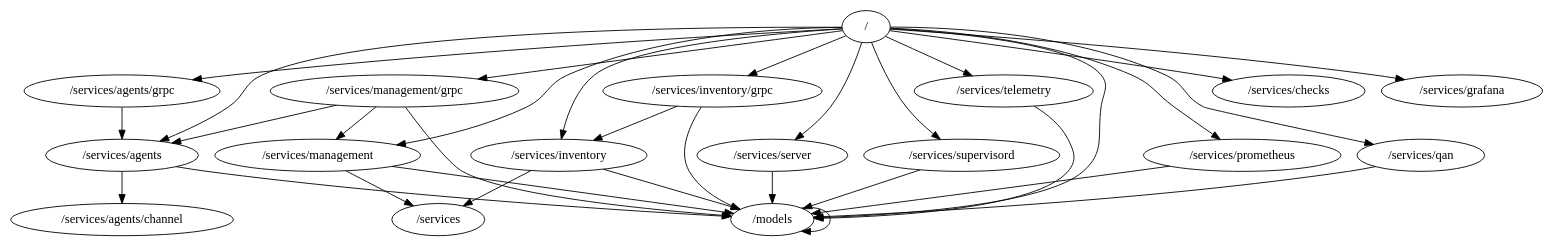
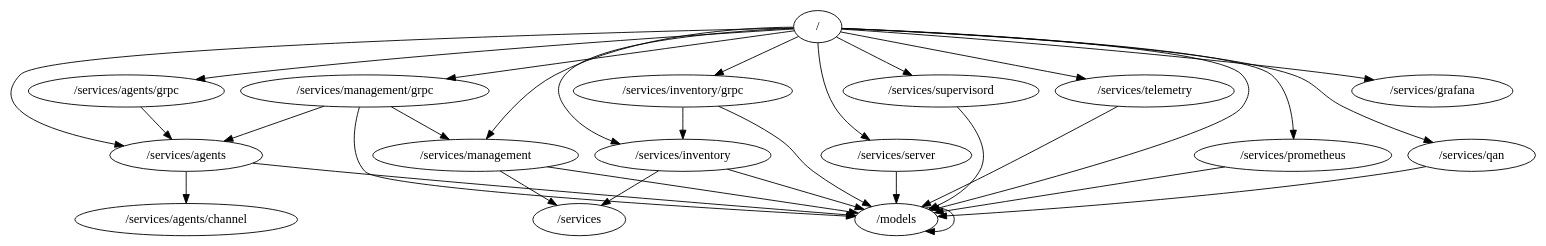
The diagram in packages.dot (percona/pmm-managed), drawn with Graphviz before and after one commit. The commit also changed 4 other files, not shown here.

```diff
--- a/packages.dot
+++ b/packages.dot
@@ -1,34 +1,33 @@
 digraph packages {
 	"/" -> "/models";
 	"/" -> "/services/agents";
 	"/" -> "/services/agents/grpc";
-	"/" -> "/services/checks";
 	"/" -> "/services/grafana";
 	"/" -> "/services/inventory";
 	"/" -> "/services/inventory/grpc";
 	"/" -> "/services/management";
 	"/" -> "/services/management/grpc";
 	"/" -> "/services/prometheus";
 	"/" -> "/services/qan";
 	"/" -> "/services/server";
 	"/" -> "/services/supervisord";
 	"/" -> "/services/telemetry";
 	"/models" -> "/models";
 	"/services/agents" -> "/models";
 	"/services/agents" -> "/services/agents/channel";
 	"/services/agents/grpc" -> "/services/agents";
 	"/services/inventory" -> "/models";
 	"/services/inventory" -> "/services";
 	"/services/inventory/grpc" -> "/models";
 	"/services/inventory/grpc" -> "/services/inventory";
 	"/services/management" -> "/models";
 	"/services/management" -> "/services";
 	"/services/management/grpc" -> "/models";
 	"/services/management/grpc" -> "/services/agents";
 	"/services/management/grpc" -> "/services/management";
 	"/services/prometheus" -> "/models";
 	"/services/qan" -> "/models";
 	"/services/server" -> "/models";
 	"/services/supervisord" -> "/models";
 	"/services/telemetry" -> "/models";
 }
```
